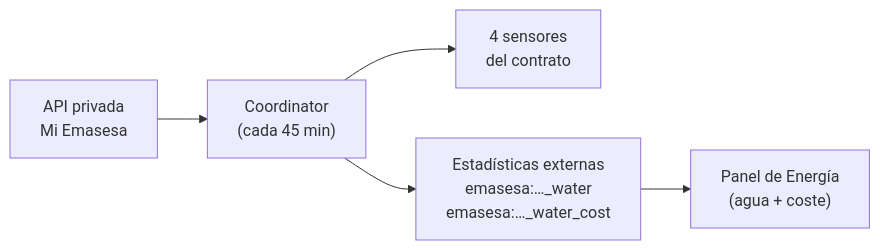
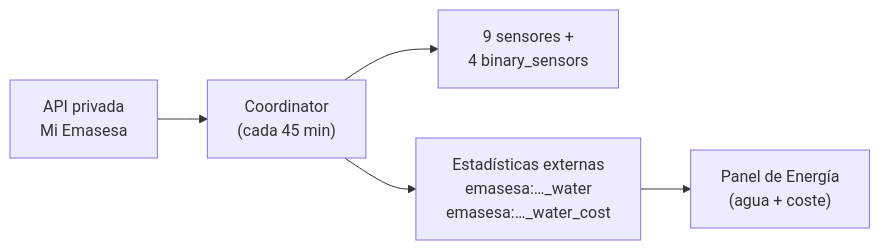
Before and after one commit to badbugssoftware/ha-emasesa: the diagram in README.md, drawn with Mermaid. The commit also changed other lines of this file and 6 other files, not shown here.

````diff
--- a/README.md
+++ b/README.md
@@ -68,7 +76,7 @@
 ```mermaid
 flowchart LR
     A["API privada<br/>Mi Emasesa"] --> B["Coordinator<br/>(cada 45 min)"]
-    B --> C["4 sensores<br/>del contrato"]
+    B --> C["9 sensores +<br/>4 binary_sensors"]
     B --> D["Estadísticas externas<br/>emasesa:…_water<br/>emasesa:…_water_cost"]
     D --> E["Panel de Energía<br/>(agua + coste)"]
 ```
````
